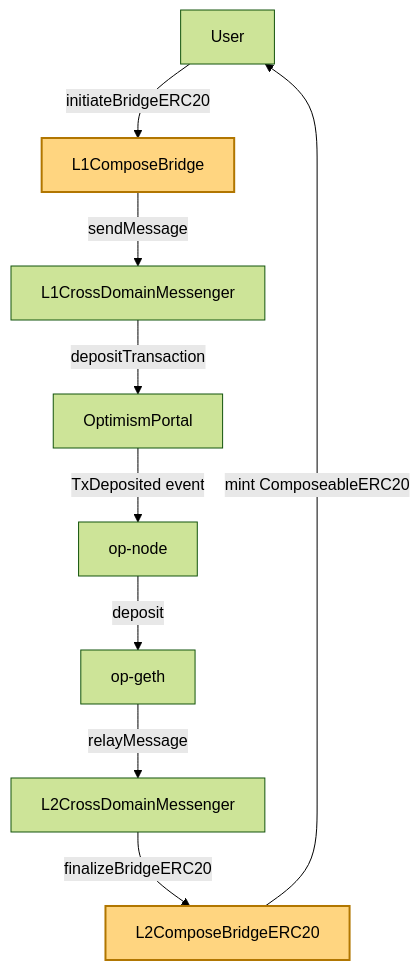
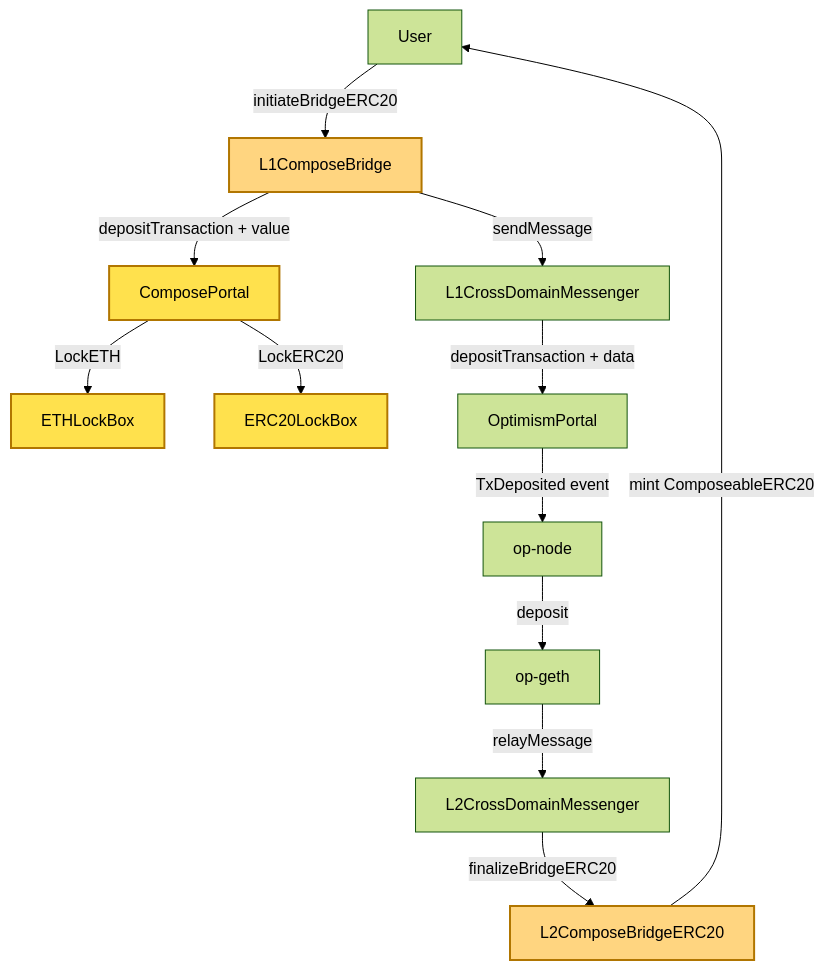
The first of 2 diagrams in universal_bridge.md (compose-network/specs), drawn with Mermaid (forest theme) before and after one commit. The commit also changed other lines of this file, not shown here.

````diff
--- a/universal_bridge.md
+++ b/universal_bridge.md
@@ -571,18 +590,25 @@
 ```mermaid
 flowchart TD
     User[User]
     L1CB[L1ComposeBridge]:::compose
     L1XDM[L1CrossDomainMessenger]
     L2XDM[L2CrossDomainMessenger]
     L2CB[L2ComposeBridgeERC20]:::compose
+    ETHLB[ETHLockBox]:::compose-universal
+    ERC20LB[ERC20LockBox]:::compose-universal
+    CP[ComposePortal]:::compose-universal
     User -->|initiateBridgeERC20| L1CB
     L1CB -->|sendMessage| L1XDM
-    L1XDM -->|depositTransaction| OptimismPortal
+    L1CB -->|depositTransaction + value| CP
+    CP -->|LockETH| ETHLB
+    CP -->|LockERC20| ERC20LB
+    L1XDM -->|depositTransaction + data | OptimismPortal
     OptimismPortal -->|TxDeposited event| op-node
     op-node -->|deposit| op-geth
     op-geth -->|relayMessage| L2XDM
     L2XDM -->|finalizeBridgeERC20| L2CB
     L2CB -->|mint ComposeableERC20| User
 
     classDef compose fill:#ffd580,stroke:#b17600,stroke-width:2px;
+    classDef compose-universal fill:#ffe14d,stroke:#b17600,stroke-width:2px;
 ```
````
